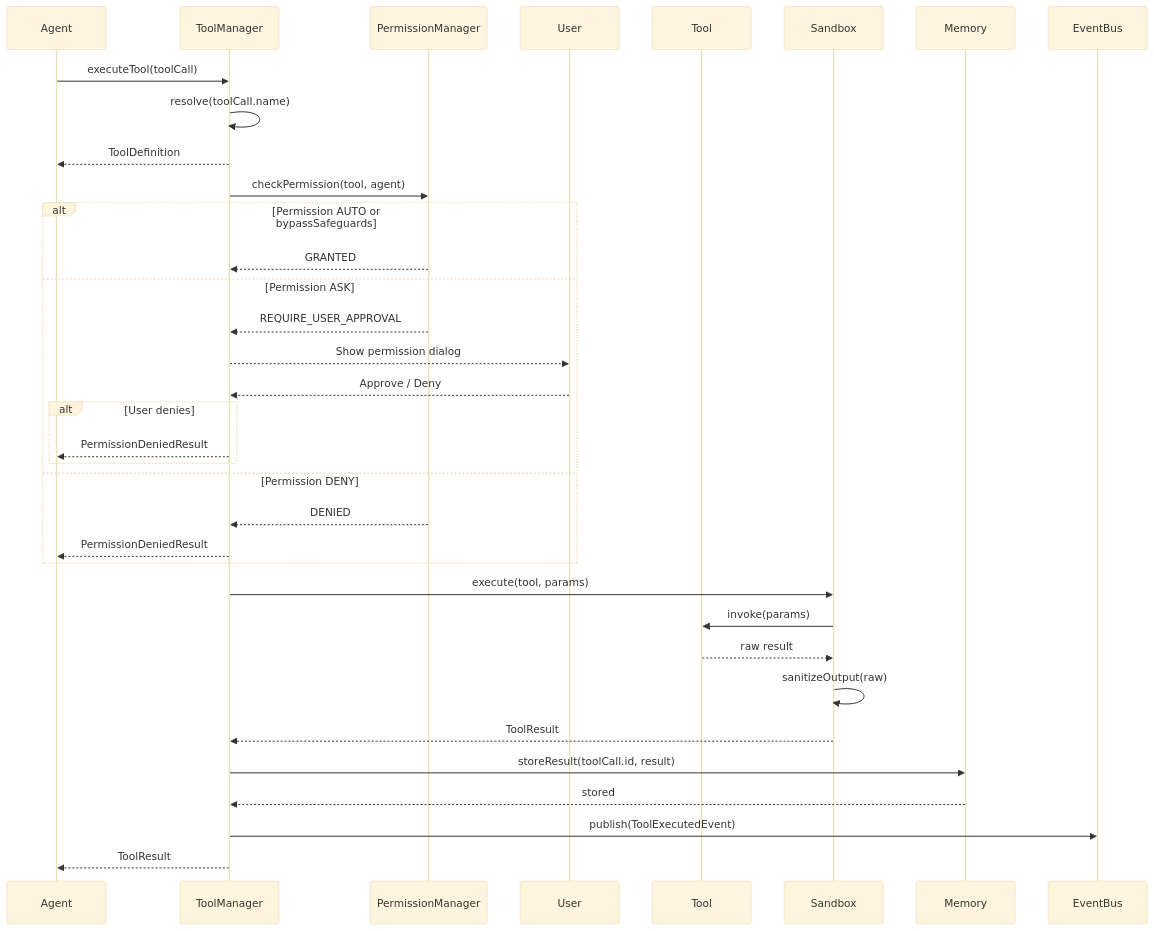
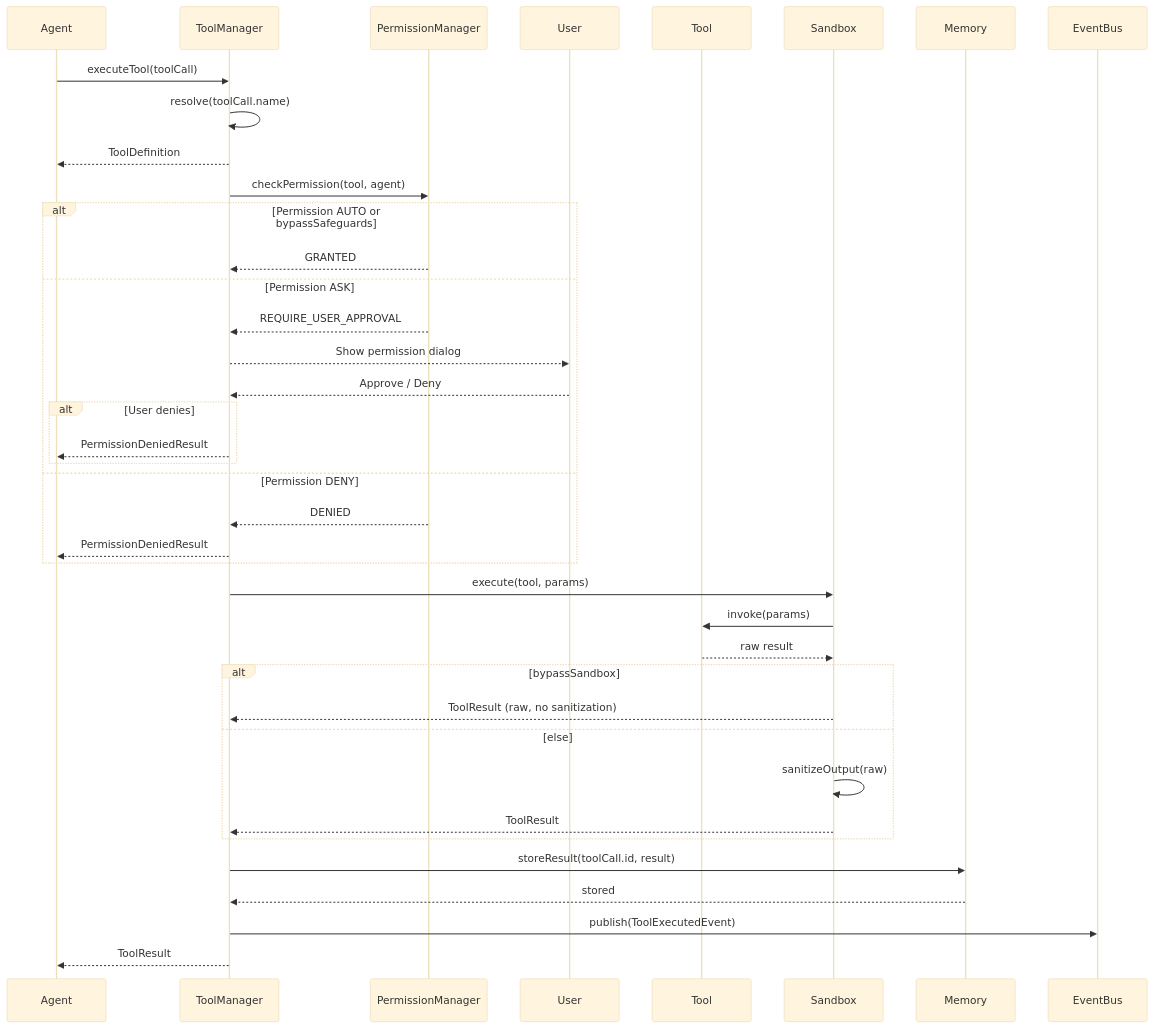
Before and after one commit to pavan53732/Nexora: the diagram in diagrams/Tool-Execution-Flow.md, drawn with Mermaid (base theme). The commit also changed 6 other files, not shown here.

First line of the commit message:
deepen: complete provider-side bypass, output sanitization bypass, and protocol alignment

````diff
--- a/diagrams/Tool-Execution-Flow.md
+++ b/diagrams/Tool-Execution-Flow.md
@@ -13,43 +13,47 @@
 ```mermaid
 sequenceDiagram
     participant Agent
     participant ToolManager
     participant PermissionManager
     participant User
     participant Tool
     participant Sandbox
     participant Memory
     participant EventBus
 
     Agent->>ToolManager: executeTool(toolCall)
     ToolManager->>ToolManager: resolve(toolCall.name)
     ToolManager-->>Agent: ToolDefinition
 
     ToolManager->>PermissionManager: checkPermission(tool, agent)
 
     alt Permission AUTO or bypassSafeguards
         PermissionManager-->>ToolManager: GRANTED
     else Permission ASK
         PermissionManager-->>ToolManager: REQUIRE_USER_APPROVAL
         ToolManager-->>User: Show permission dialog
         User-->>ToolManager: Approve / Deny
         alt User denies
             ToolManager-->>Agent: PermissionDeniedResult
         end
     else Permission DENY
         PermissionManager-->>ToolManager: DENIED
         ToolManager-->>Agent: PermissionDeniedResult
     end
 
     ToolManager->>Sandbox: execute(tool, params)
     Sandbox->>Tool: invoke(params)
     Tool-->>Sandbox: raw result
-    Sandbox->>Sandbox: sanitizeOutput(raw)
-    Sandbox-->>ToolManager: ToolResult
+    alt bypassSandbox
+        Sandbox-->>ToolManager: ToolResult (raw, no sanitization)
+    else else
+        Sandbox->>Sandbox: sanitizeOutput(raw)
+        Sandbox-->>ToolManager: ToolResult
+    end
 
     ToolManager->>Memory: storeResult(toolCall.id, result)
     Memory-->>ToolManager: stored
 
     ToolManager->>EventBus: publish(ToolExecutedEvent)
     ToolManager-->>Agent: ToolResult
 ```
````
